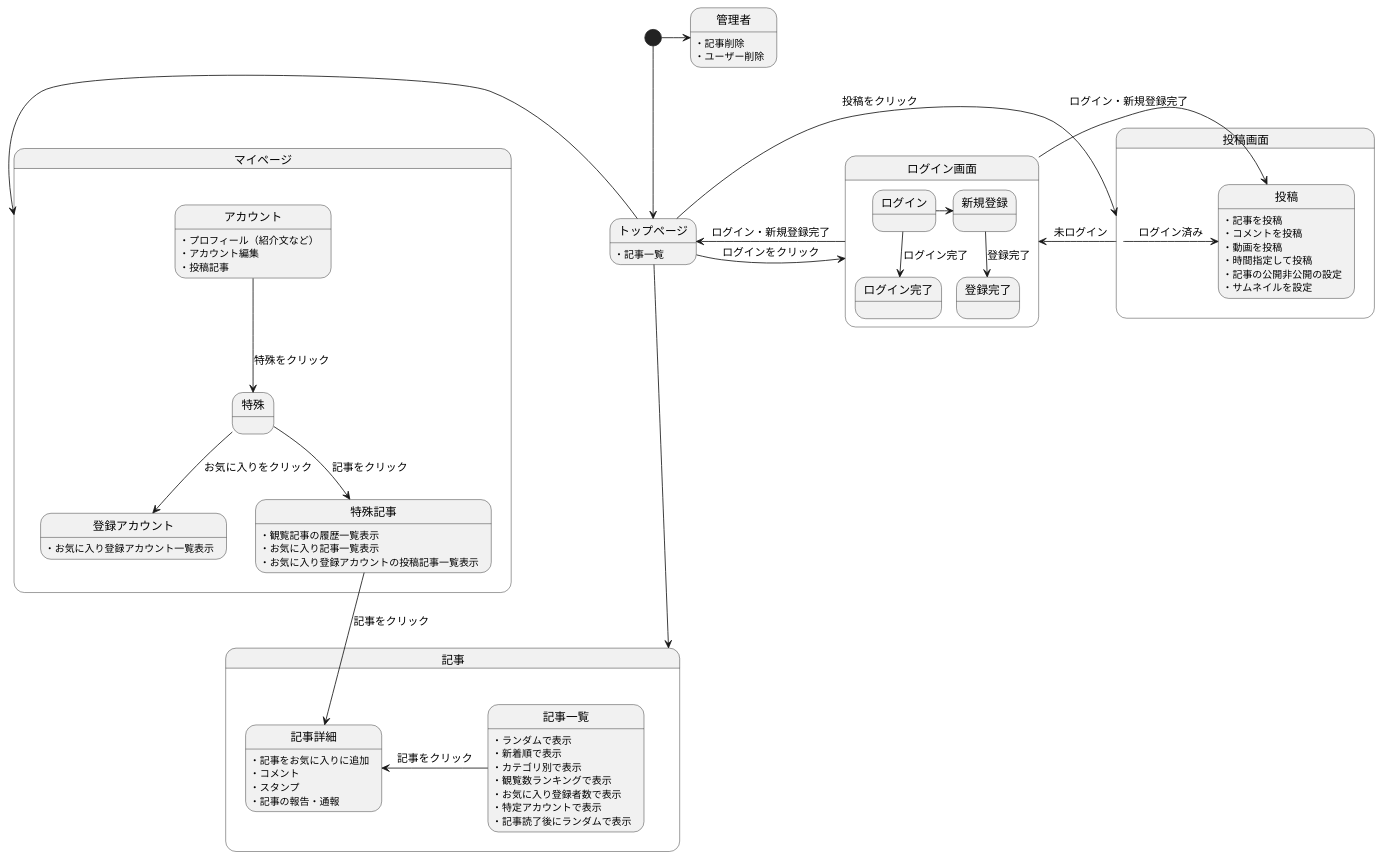
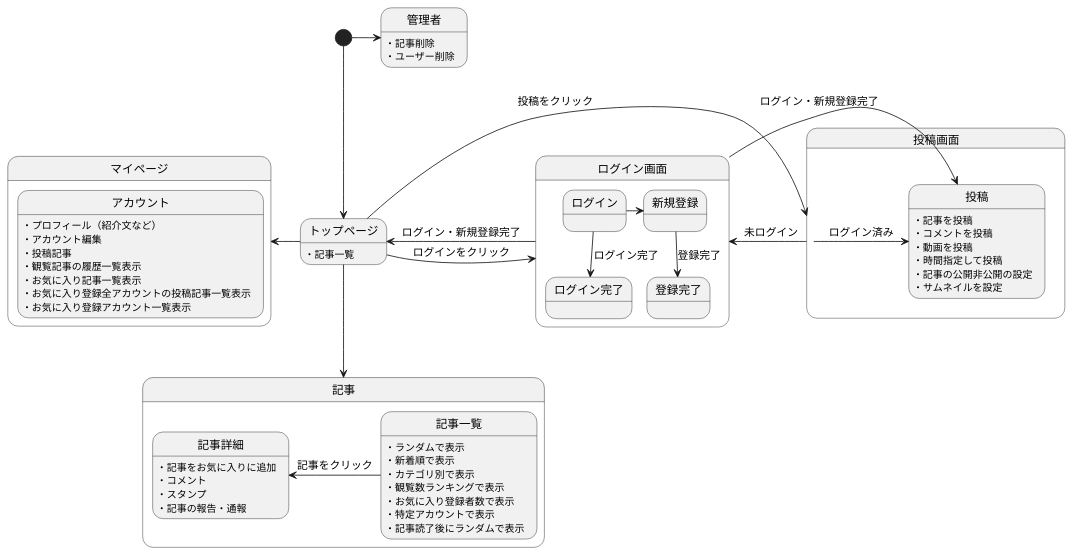
Before and after one commit to Aso2001001/2022System: the diagram in 後期画面遷移.md, drawn with PlantUML.

````diff
--- a/後期画面遷移.md
+++ b/後期画面遷移.md
@@ -1,79 +1,73 @@
 ```uml
 @startuml
 [*] --> トップページ
 
 
 トップページ -down-> 記事
 トップページ -left-> マイページ
 トップページ -> 投稿画面 : 投稿をクリック
 
 トップページ:・記事一覧
 
 トップページ -> ログイン画面 : ログインをクリック
 
 ログイン画面 -> トップページ : ログイン・新規登録完了
 
 state ログイン画面{
 ログイン -> 新規登録
 ログイン -down-> ログイン完了 : ログイン完了
 新規登録 -down-> 登録完了 : 登録完了
 }
 
 state 記事{
 記事一覧 -left-> 記事詳細 : 記事をクリック
 
 記事一覧:・ランダムで表示
 記事一覧:・新着順で表示
 記事一覧:・カテゴリ別で表示
 記事一覧:・観覧数ランキングで表示
 記事一覧:・お気に入り登録者数で表示
 記事一覧:・特定アカウントで表示
 記事一覧:・記事読了後にランダムで表示
 
 記事詳細:・記事をお気に入りに追加
 記事詳細:・コメント
 記事詳細:・スタンプ
 記事詳細:・記事の報告・通報
 
 }
 
 state 投稿画面{
 投稿画面 -> ログイン画面 : 未ログイン
 投稿画面 -> 投稿 : ログイン済み
 ログイン画面 -> 投稿 :ログイン・新規登録完了
 
 投稿:・記事を投稿
 投稿:・コメントを投稿
 投稿:・動画を投稿
 投稿:・時間指定して投稿
 投稿:・記事の公開非公開の設定
 投稿:・サムネイルを設定
 
 }
 
 state マイページ{
 
-アカウント -down-> 特殊 : 特殊をクリック
-特殊 -down-> 登録アカウント :お気に入りをクリック
-特殊 -down-> 特殊記事 :記事をクリック
-特殊記事 -down-> 記事詳細 :記事をクリック
-
 アカウント:・プロフィール（紹介文など）
 アカウント:・アカウント編集
 アカウント:・投稿記事
-
-特殊記事:・観覧記事の履歴一覧表示
-特殊記事:・お気に入り記事一覧表示
-登録アカウント:・お気に入り登録アカウント一覧表示
-特殊記事:・お気に入り登録アカウントの投稿記事一覧表示
+アカウント:・観覧記事の履歴一覧表示
+アカウント:・お気に入り記事一覧表示
+アカウント:・お気に入り登録全アカウントの投稿記事一覧表示
+アカウント:・お気に入り登録アカウント一覧表示
 
 }
 
 
 [*] -right-> 管理者
 管理者:・記事削除
 管理者:・ユーザー削除
 
 
 @enduml
 ```
````
